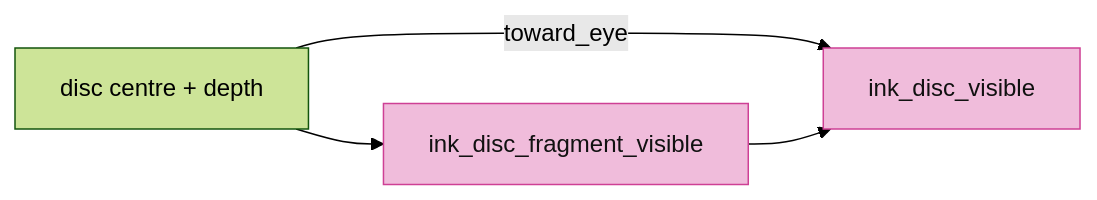
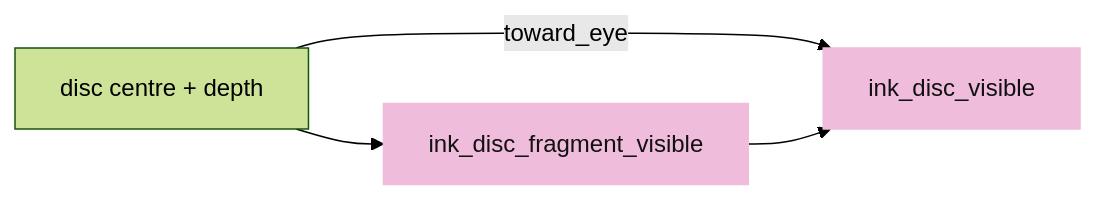
The eighth of 15 diagrams in session_viewer/docs/05-visibility.md (petrasvestartas/session), drawn with Mermaid (forest theme) before and after one commit. The commit also changed other lines of this file and 324 other files, not shown here.

````diff
--- a/session_viewer/docs/05-visibility.md
+++ b/session_viewer/docs/05-visibility.md
@@ -164,8 +178,8 @@
 ```mermaid
 flowchart LR
     C["disc centre + depth"] --> F["ink_disc_fragment_visible"]
     C -- "toward_eye" --> V["ink_disc_visible"]
     F --> V
-    style F fill:#f0bcdb,stroke:#ce4095,color:#111
-    style V fill:#f0bcdb,stroke:#ce4095,color:#111
+    style F fill:#f0bcdb,stroke:#f0bcdb,color:#111
+    style V fill:#f0bcdb,stroke:#f0bcdb,color:#111
 ```
````
